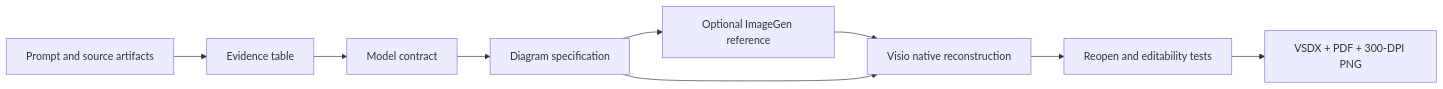
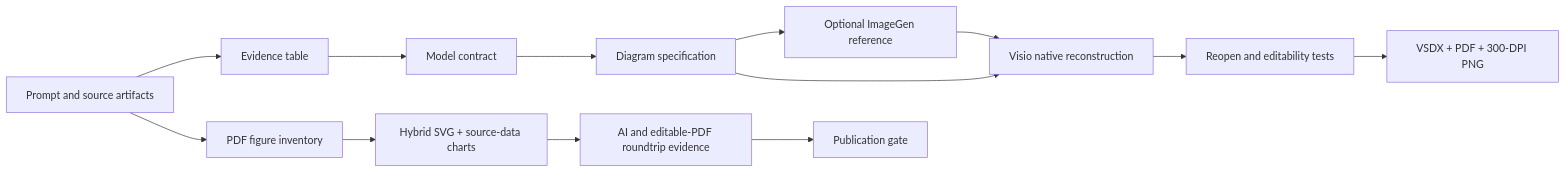
One commit to CeobeFA333/codex-scientific-diagram-visio changed the diagram in README.md. Above: the diagram before and after it, drawn with Mermaid. The commit also changed other lines of this file and 123 other files, not shown here.

Commit message:
feat: add paper figure reconstruction workflow

````diff
--- a/README.md
+++ b/README.md
@@ -122,11 +154,15 @@
 ```mermaid
 flowchart LR
     A[Prompt and source artifacts] --> B[Evidence table]
     B --> C[Model contract]
     C --> D[Diagram specification]
     D --> E[Optional ImageGen reference]
     E --> F[Visio native reconstruction]
     D --> F
     F --> G[Reopen and editability tests]
     G --> H[VSDX + PDF + 300-DPI PNG]
+    A --> I[PDF figure inventory]
+    I --> J[Hybrid SVG + source-data charts]
+    J --> K[AI and editable-PDF roundtrip evidence]
+    K --> L[Publication gate]
 ```
````
